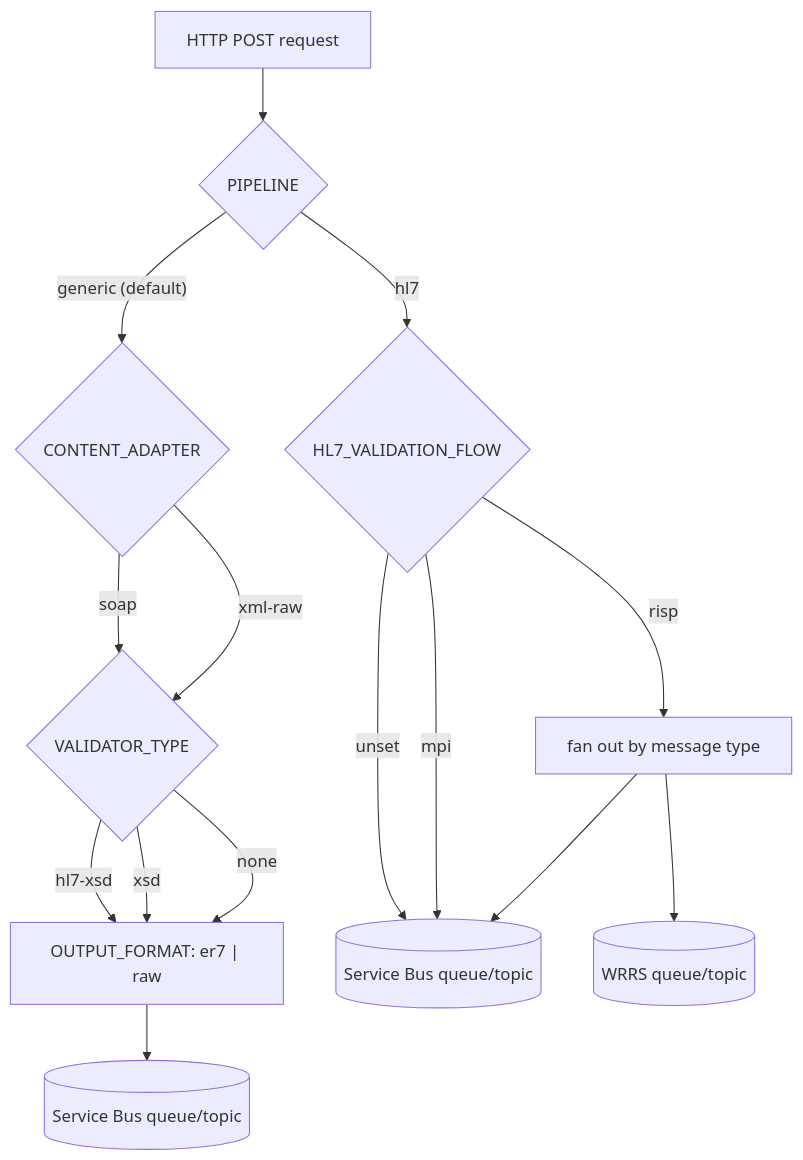
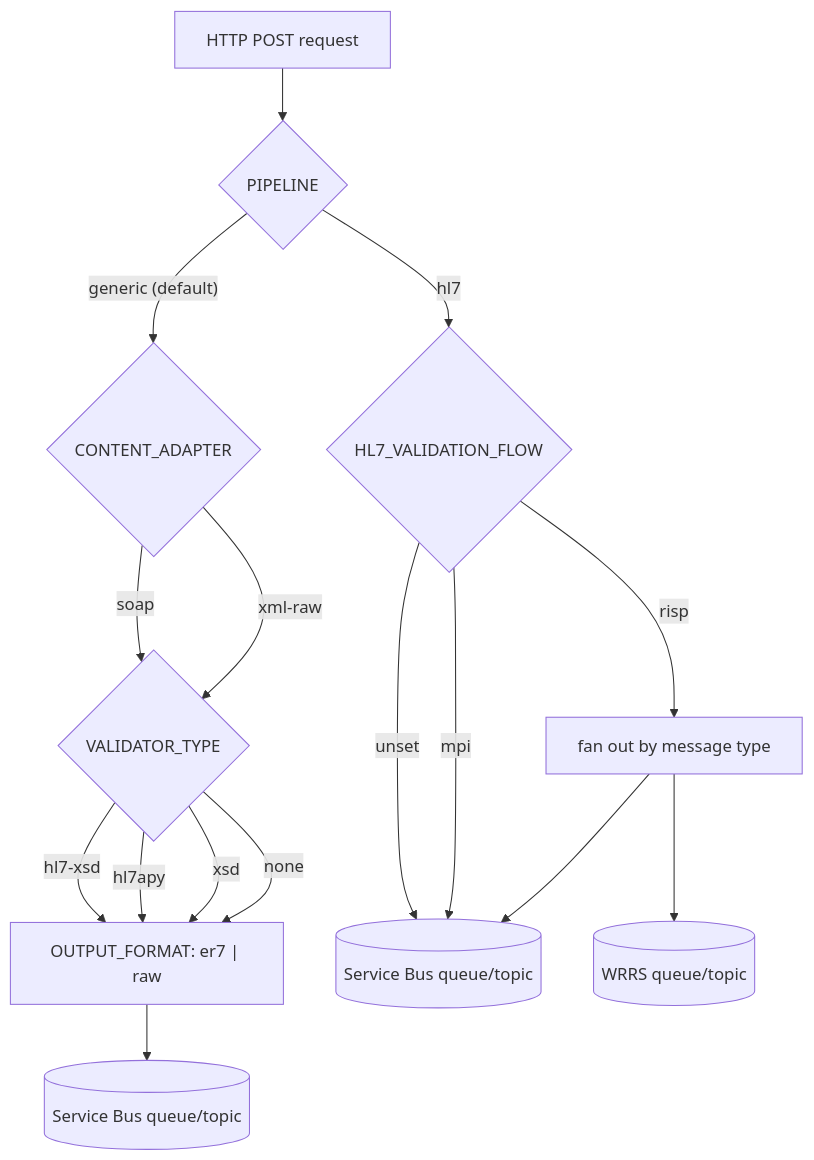
The first of 3 diagrams in servers/rest_server/README.md (DHCW-Digital-Health-and-Care-Wales/Integration-Hub-Beta), drawn with Mermaid before and after one commit. The commit also changed other lines of this file and 11 other files, not shown here.

````diff
--- a/servers/rest_server/README.md
+++ b/servers/rest_server/README.md
@@ -35,19 +35,20 @@
 ```mermaid
 flowchart TD
     Req["HTTP POST request"] --> Pipeline{"PIPELINE"}
 
     Pipeline -- "generic (default)" --> Adapter{"CONTENT_ADAPTER"}
     Adapter -- soap --> Val1{"VALIDATOR_TYPE"}
     Adapter -- xml-raw --> Val1
     Val1 -- hl7-xsd --> Fmt["OUTPUT_FORMAT: er7 | raw"]
+    Val1 -- hl7apy --> Fmt
     Val1 -- xsd --> Fmt
     Val1 -- none --> Fmt
     Fmt --> SB1[("Service Bus queue/topic")]
 
     Pipeline -- hl7 --> Flow{"HL7_VALIDATION_FLOW"}
     Flow -- "unset" --> SB2[("Service Bus queue/topic")]
     Flow -- mpi --> SB2
     Flow -- risp --> Fan["fan out by message type"]
     Fan --> SB2
     Fan --> SB3[("WRRS queue/topic")]
 ```
````
